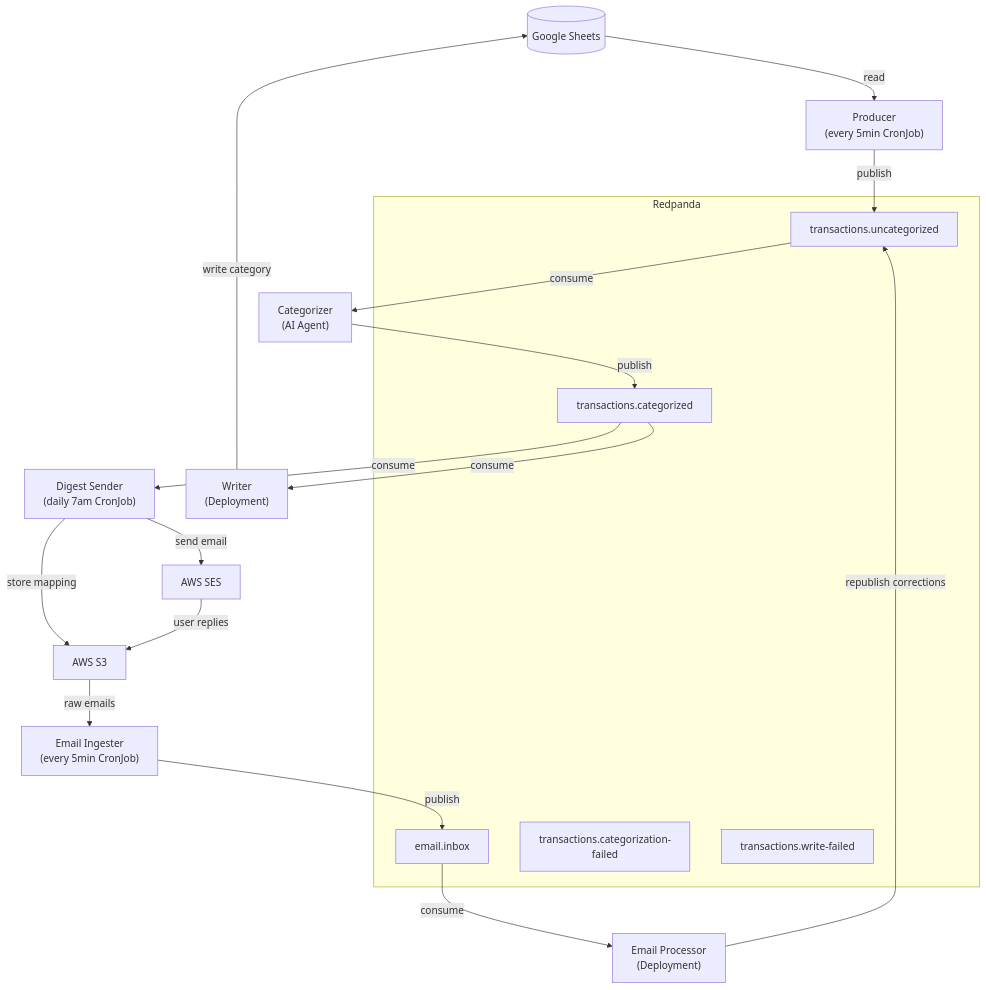
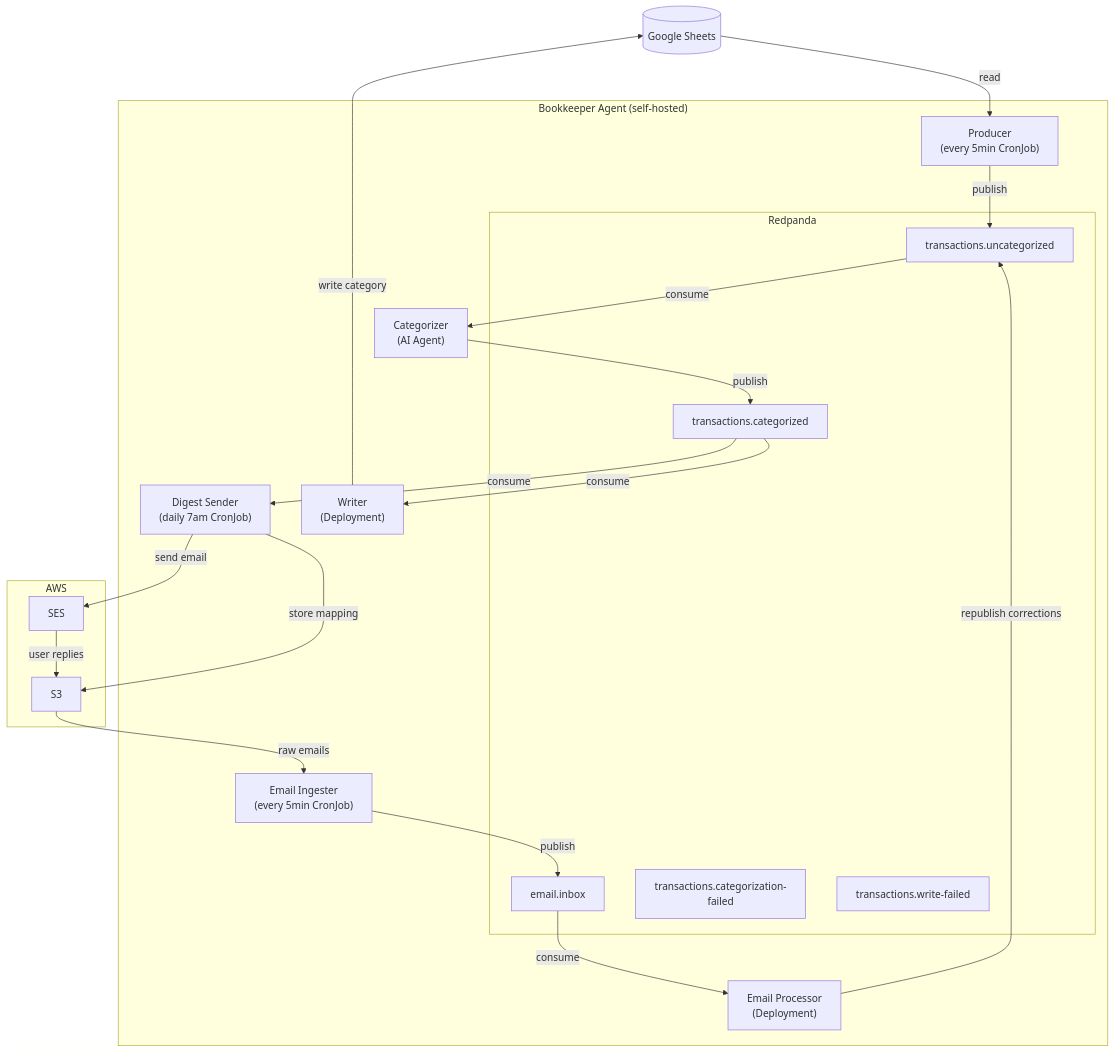
The diagram in README.md (jevy/bookkeeper-agent), drawn with Mermaid before and after one commit.

Commit message:
Add self-hosted and AWS subgraph groups to Mermaid diagram
Wrap the six services and Redpanda in a "Bookkeeper Agent
(self-hosted)" group and SES/S3 in an "AWS" group for clarity.

````diff
--- a/README.md
+++ b/README.md
@@ -23,42 +23,46 @@
 ```mermaid
 graph TD
     Sheets[(Google Sheets)]
 
-    Producer["Producer\n(every 5min CronJob)"]
-    Writer["Writer\n(Deployment)"]
-    Categorizer["Categorizer\n(AI Agent)"]
-    DigestSender["Digest Sender\n(daily 7am CronJob)"]
-    EmailIngester["Email Ingester\n(every 5min CronJob)"]
-    EmailProcessor["Email Processor\n(Deployment)"]
+    subgraph "Bookkeeper Agent (self-hosted)"
+        Producer["Producer\n(every 5min CronJob)"]
+        Writer["Writer\n(Deployment)"]
+        Categorizer["Categorizer\n(AI Agent)"]
+        DigestSender["Digest Sender\n(daily 7am CronJob)"]
+        EmailIngester["Email Ingester\n(every 5min CronJob)"]
+        EmailProcessor["Email Processor\n(Deployment)"]
 
-    SES[AWS SES]
-    S3[AWS S3]
+        subgraph Redpanda
+            uncategorized[transactions.uncategorized]
+            categorized[transactions.categorized]
+            emailInbox[email.inbox]
+            catFailed[transactions.categorization-failed]
+            writeFailed[transactions.write-failed]
+        end
+    end
 
-    subgraph Redpanda
-        uncategorized[transactions.uncategorized]
-        categorized[transactions.categorized]
-        emailInbox[email.inbox]
-        catFailed[transactions.categorization-failed]
-        writeFailed[transactions.write-failed]
+    subgraph AWS
+        SES[SES]
+        S3[S3]
     end
 
     Sheets -- read --> Producer
     Producer -- publish --> uncategorized
 
     uncategorized -- consume --> Categorizer
     Categorizer -- publish --> categorized
 
     categorized -- consume --> Writer
     Writer -- write category --> Sheets
 
     categorized -- consume --> DigestSender
     DigestSender -- send email --> SES
     DigestSender -- store mapping --> S3
 
     SES -- user replies --> S3
     S3 -- raw emails --> EmailIngester
     EmailIngester -- publish --> emailInbox
 
     emailInbox -- consume --> EmailProcessor
     EmailProcessor -- republish corrections --> uncategorized
 ```
````
